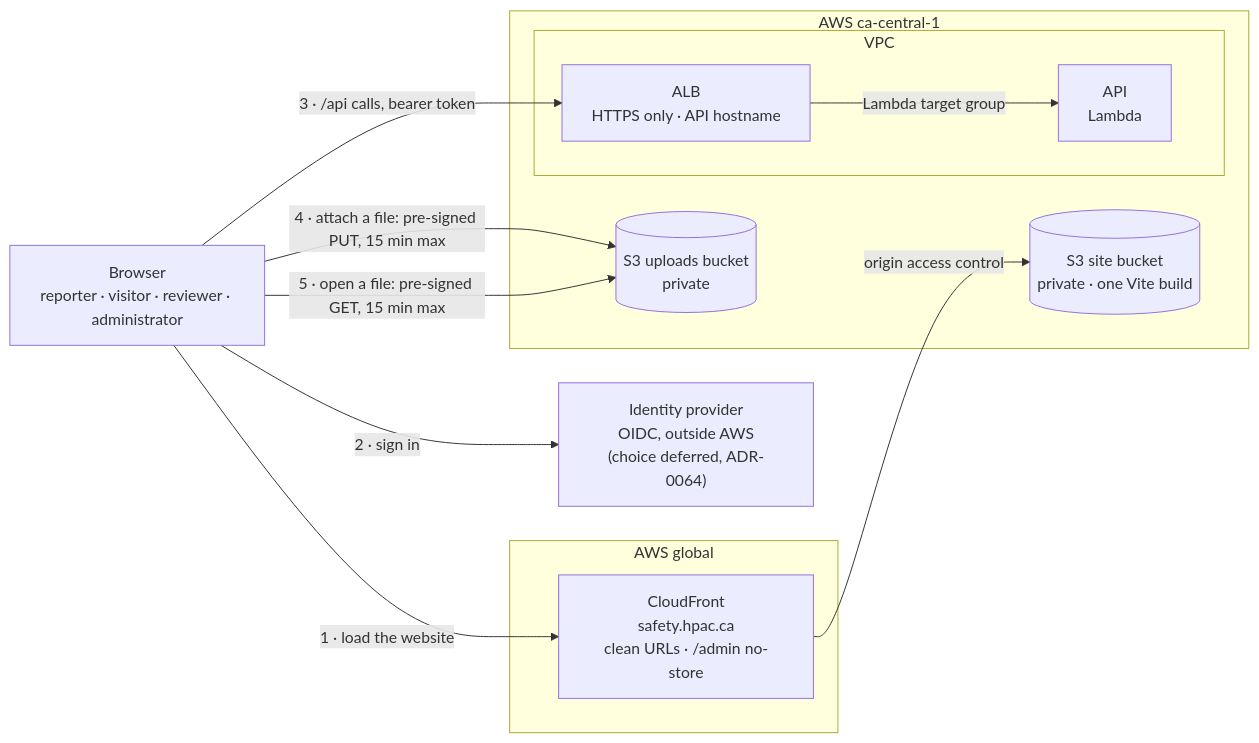
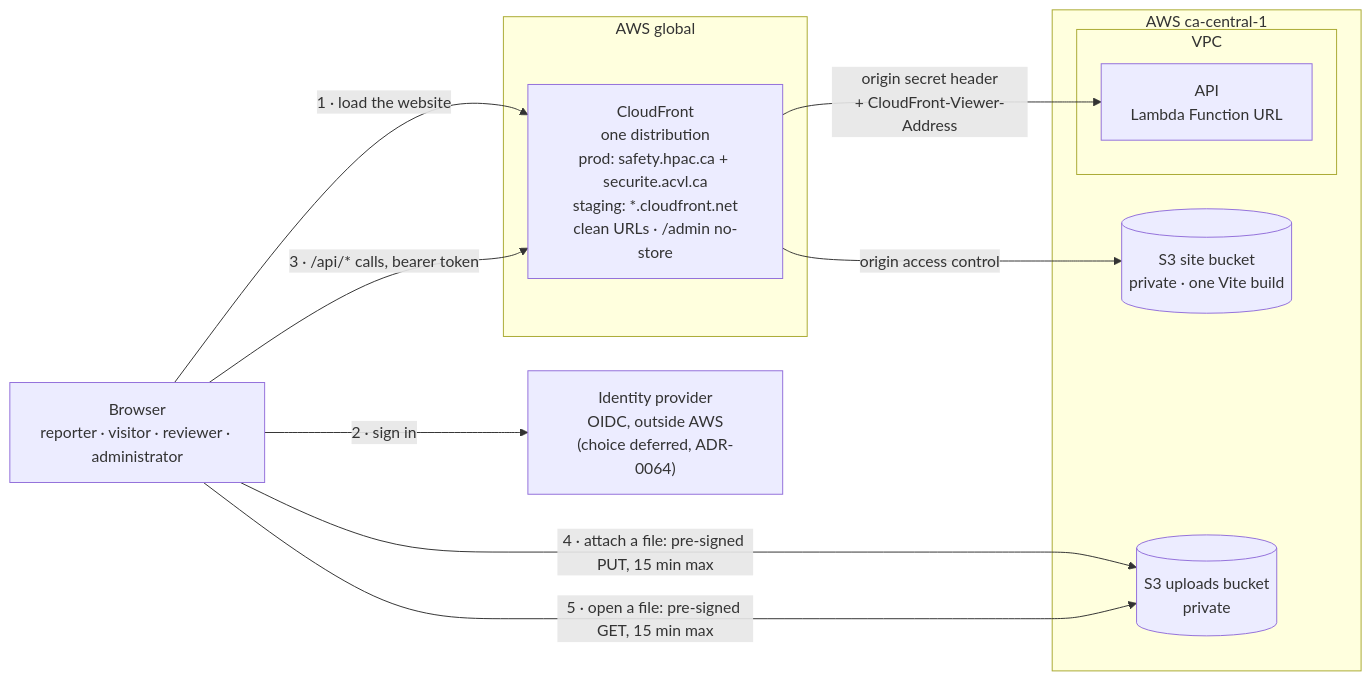
One commit to HPAC-Safety/safety-report changed the first of 3 diagrams in docs/infrastructure-and-operations.md. Above: the diagram before and after it, drawn with Mermaid. The commit also changed other lines of this file and 13 other files, not shown here.

First line of the commit message:
Record staging/production accounts, CloudFront-to-Function-URL API entry, and the second hostname (#584)

````diff
--- a/docs/infrastructure-and-operations.md
+++ b/docs/infrastructure-and-operations.md
@@ -26,26 +34,25 @@
 ```mermaid
 flowchart LR
     browser["Browser<br/>reporter · visitor · reviewer · administrator"]
     idp["Identity provider<br/>OIDC, outside AWS<br/>(choice deferred, ADR-0064)"]
 
     subgraph global["AWS global"]
-        cf["CloudFront<br/>safety.hpac.ca<br/>clean URLs · /admin no-store"]
+        cf["CloudFront<br/>one distribution<br/>prod: safety.hpac.ca + securite.acvl.ca<br/>staging: *.cloudfront.net<br/>clean URLs · /admin no-store"]
     end
 
     subgraph region["AWS ca-central-1"]
         site[("S3 site bucket<br/>private · one Vite build")]
         subgraph vpc["VPC"]
-            alb["ALB<br/>HTTPS only · API hostname"]
-            api["API<br/>Lambda"]
+            api["API<br/>Lambda Function URL"]
         end
         uploads[("S3 uploads bucket<br/>private")]
     end
 
     browser -->|"1 · load the website"| cf
     cf -->|"origin access control"| site
     browser -->|"2 · sign in"| idp
-    browser -->|"3 · /api calls, bearer token"| alb
-    alb -->|"Lambda target group"| api
+    browser -->|"3 · /api/* calls, bearer token"| cf
+    cf -->|"origin secret header<br/>+ CloudFront-Viewer-Address"| api
     browser -->|"4 · attach a file: pre-signed PUT, 15 min max"| uploads
     browser -->|"5 · open a file: pre-signed GET, 15 min max"| uploads
 ```
````
